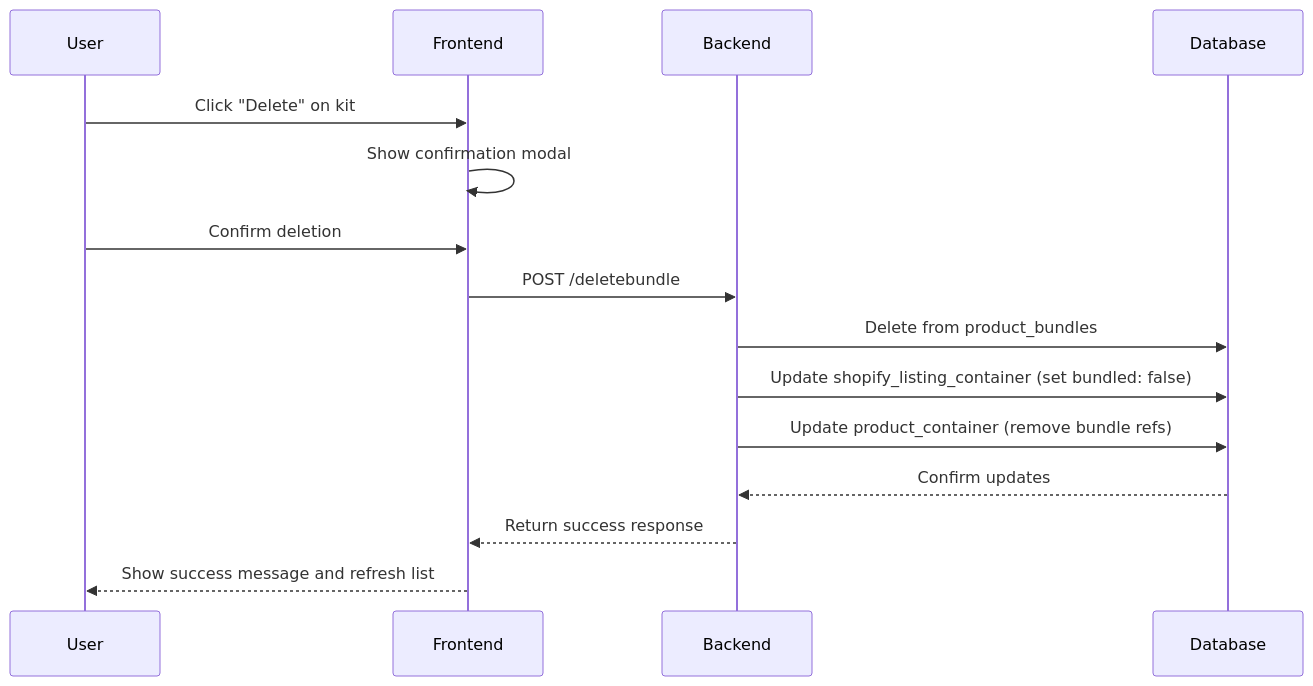
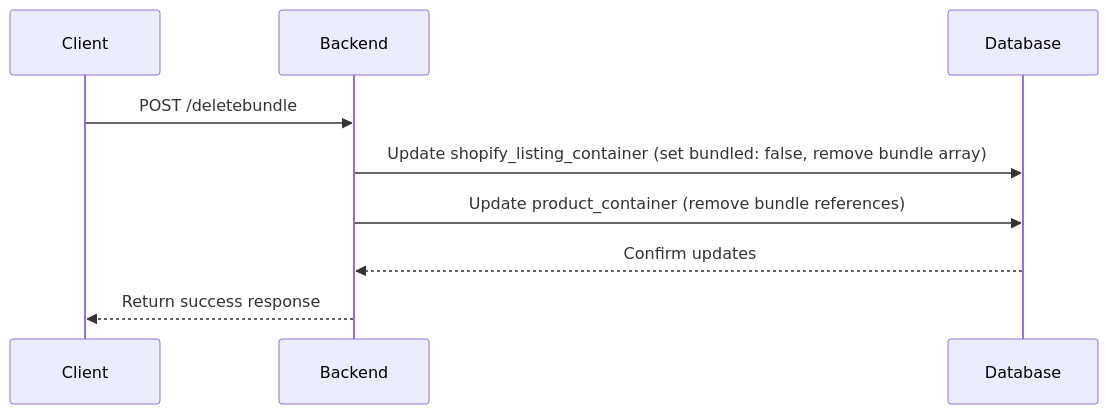
One commit to agautam3c/KITTING_FUNCTIONALITY_DOCUMENTATION changed the third of 3 diagrams in README.md. Above: the diagram before and after it, drawn with Mermaid. The commit also changed other lines of this file, not shown here.

````diff
--- a/README.md
+++ b/README.md
@@ -328,18 +329,12 @@
 ```mermaid
 sequenceDiagram
-    participant U as User
-    participant F as Frontend
+    participant C as Client
     participant B as Backend
     participant D as Database
 
-    U->>F: Click "Delete" on kit
-    F->>F: Show confirmation modal
-    U->>F: Confirm deletion
-    F->>B: POST /deletebundle
-    B->>D: Delete from product_bundles
-    B->>D: Update shopify_listing_container (set bundled: false)
-    B->>D: Update product_container (remove bundle refs)
+    C->>B: POST /deletebundle
+    B->>D: Update shopify_listing_container (set bundled: false, remove bundle array)
+    B->>D: Update product_container (remove bundle references)
     D-->>B: Confirm updates
-    B-->>F: Return success response
-    F-->>U: Show success message and refresh list
+    B-->>C: Return success response
 ```
````
